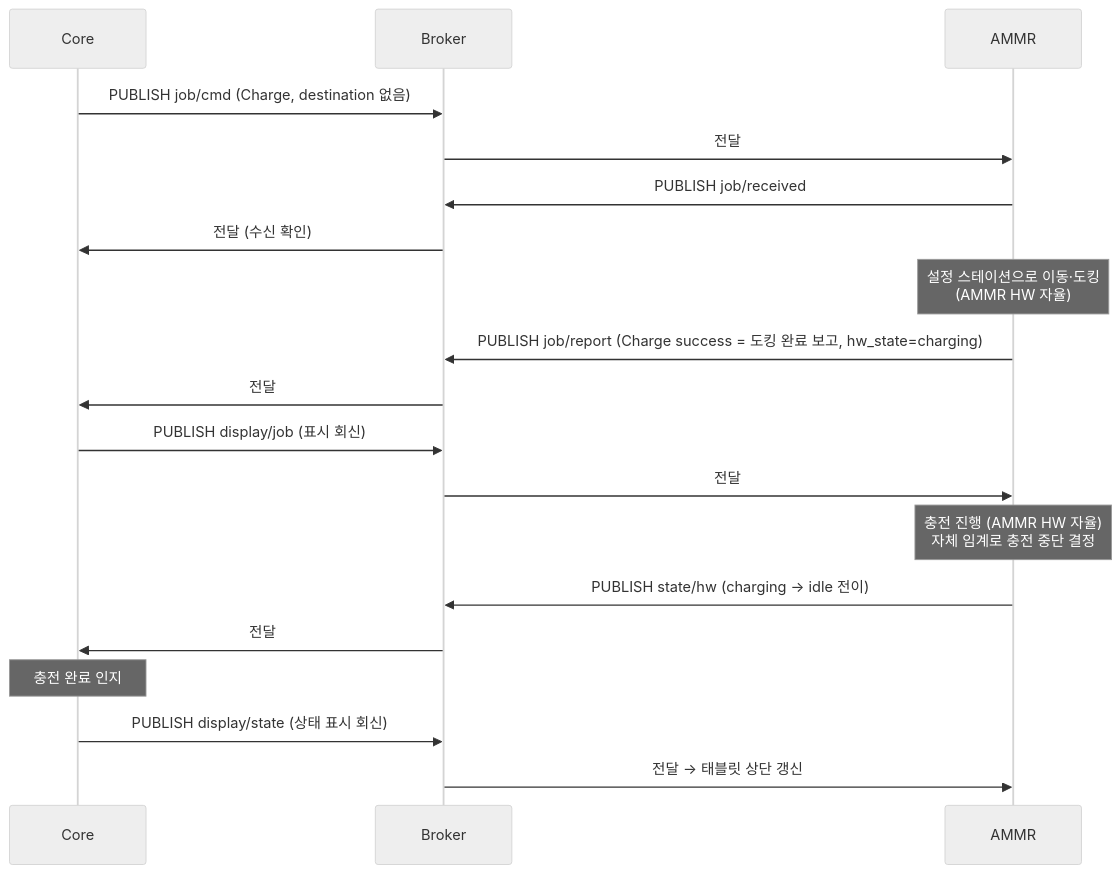
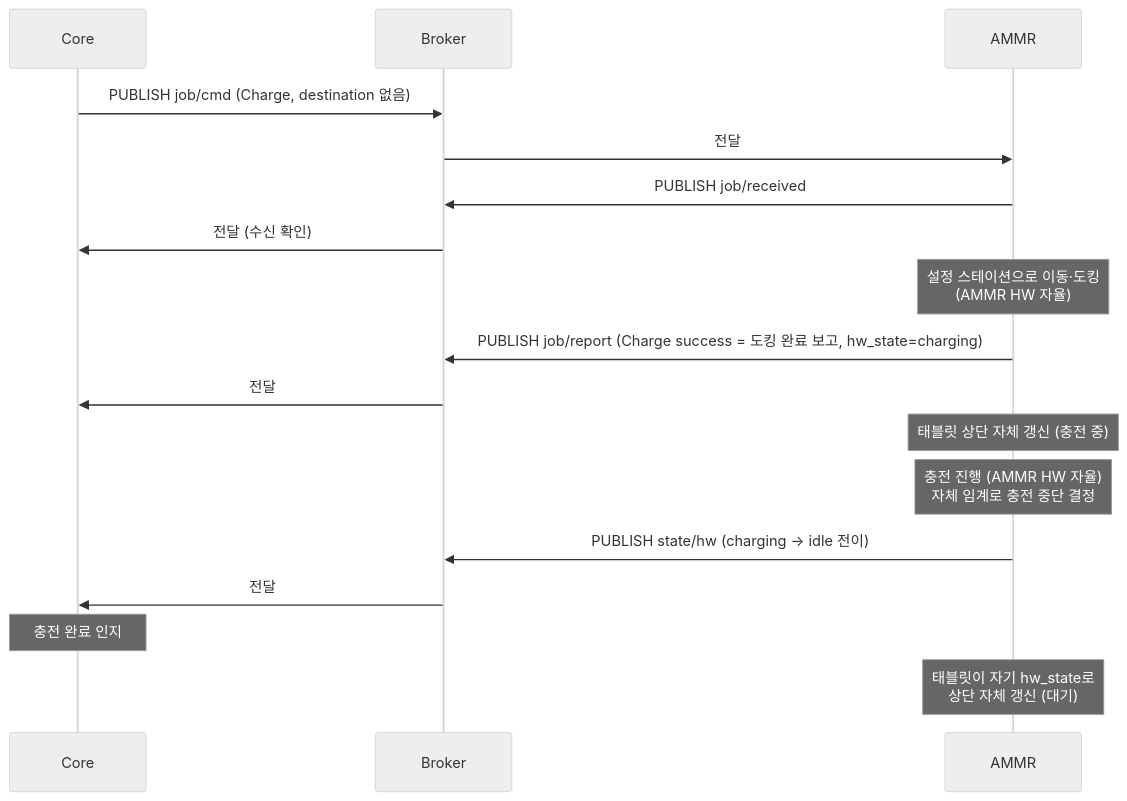
One commit to kimminsu0315/Core-Docs changed the eighth of 13 diagrams in docs/out/Core_ICD_AMMR.md. Above: the diagram before and after it, drawn with Mermaid (neutral theme). The commit also changed other lines of this file and 8 other files, not shown here.

````diff
--- a/docs/out/Core_ICD_AMMR.md
+++ b/docs/out/Core_ICD_AMMR.md
@@ -1074,23 +947,21 @@
 ```mermaid
 sequenceDiagram
     participant C as Core
     participant B as Broker
     participant A as AMMR
 
     C->>B: PUBLISH job/cmd (Charge, destination 없음)
     B->>A: 전달
     A->>B: PUBLISH job/received
     B->>C: 전달 (수신 확인)
     Note over A: 설정 스테이션으로 이동·도킹<br/>(AMMR HW 자율)
     A->>B: PUBLISH job/report (Charge success = 도킹 완료 보고, hw_state=charging)
     B->>C: 전달
-    C->>B: PUBLISH display/job (표시 회신)
-    B->>A: 전달
+    Note over A: 태블릿 상단 자체 갱신 (충전 중)
 
     Note over A: 충전 진행 (AMMR HW 자율)<br/>자체 임계로 충전 중단 결정
     A->>B: PUBLISH state/hw (charging → idle 전이)
     B->>C: 전달
     Note over C: 충전 완료 인지
-    C->>B: PUBLISH display/state (상태 표시 회신)
-    B->>A: 전달 → 태블릿 상단 갱신
+    Note over A: 태블릿이 자기 hw_state로<br/>상단 자체 갱신 (대기)
 ```
````
